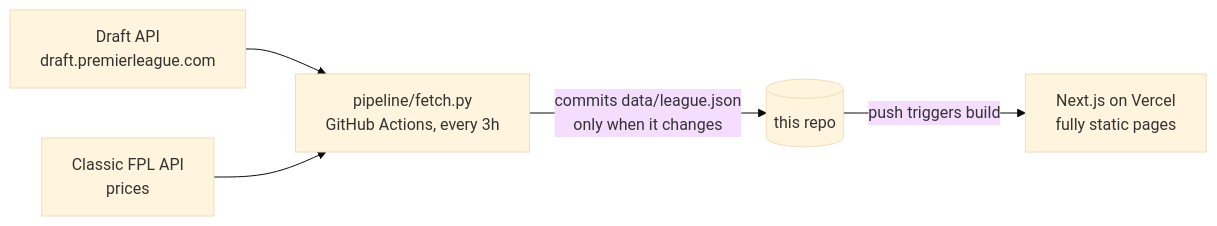
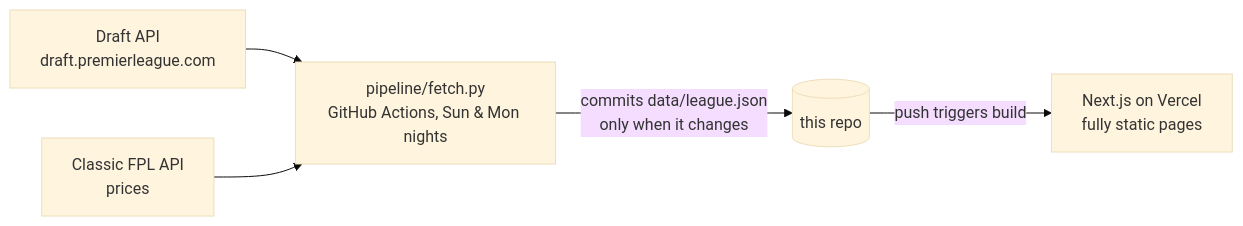
The diagram in README.md (jonjejunum/rcbomm-fpl), drawn with Mermaid (base theme) before and after one commit. The commit also changed other lines of this file and 1 other file, not shown here.

Commit message:
Refresh data weekly: Sunday 21:00 and Monday 23:00 UTC

````diff
--- a/README.md
+++ b/README.md
@@ -22,7 +22,7 @@
 ```mermaid
 flowchart LR
     A[Draft API<br/>draft.premierleague.com] --> P
     B[Classic FPL API<br/>prices] --> P
-    P[pipeline/fetch.py<br/>GitHub Actions, every 3h] -->|commits data/league.json<br/>only when it changes| R[(this repo)]
+    P[pipeline/fetch.py<br/>GitHub Actions, Sun & Mon nights] -->|commits data/league.json<br/>only when it changes| R[(this repo)]
     R -->|push triggers build| V[Next.js on Vercel<br/>fully static pages]
 ```
````
